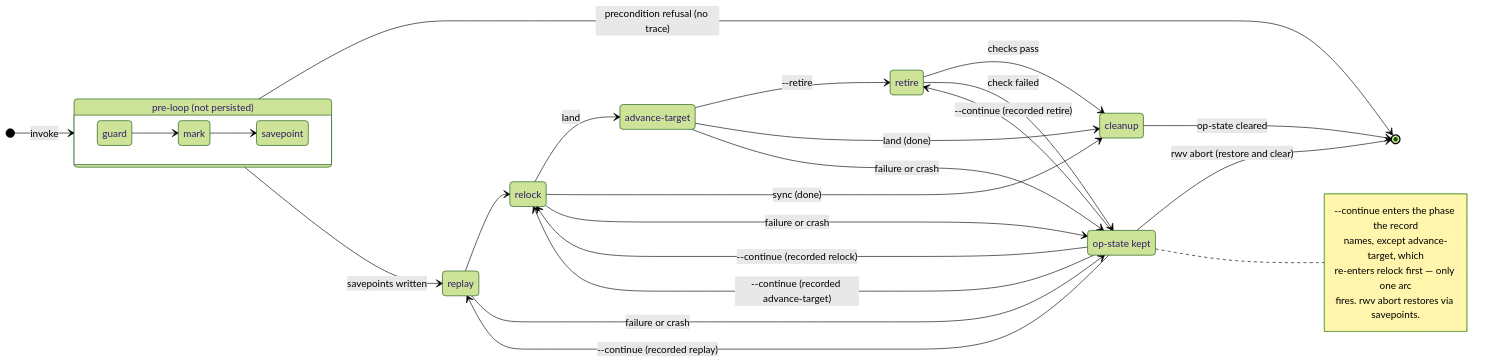
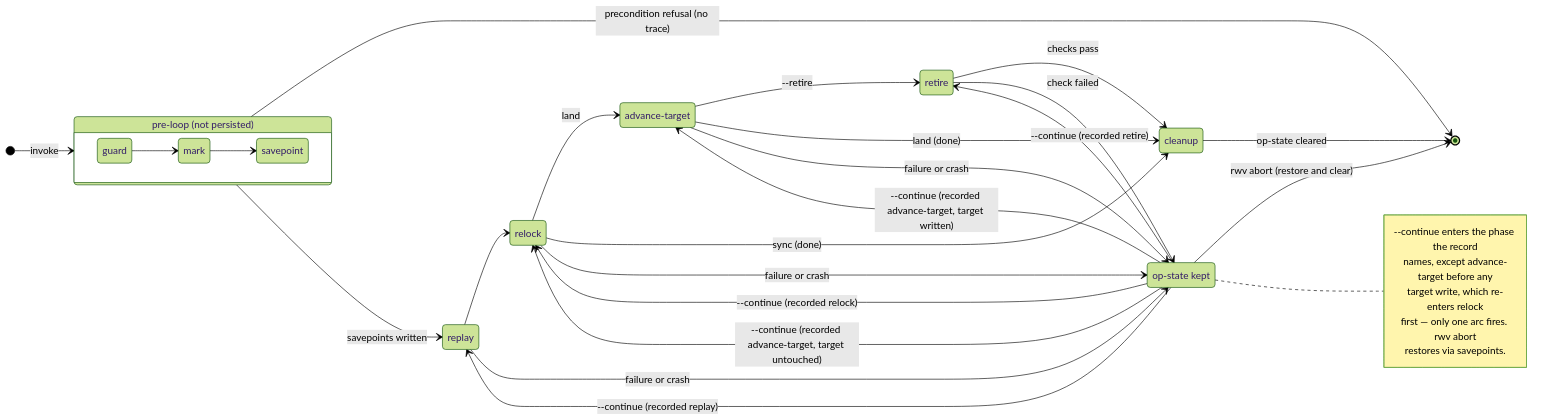
One commit to cwalv/repoweave changed the diagram in docs/internals/sync-phase-machine.md. Above: the diagram before and after it, drawn with Mermaid (forest theme). The commit also changed other lines of this file and 4 other files, not shown here.

First line of the commit message:
land: a continue after the target was written completes the landing it composed

````diff
--- a/docs/internals/sync-phase-machine.md
+++ b/docs/internals/sync-phase-machine.md
@@ -32,43 +32,45 @@
 ```mermaid
 stateDiagram-v2
     direction LR
 
     state "pre-loop (not persisted)" as pre {
         direction LR
         guard --> mark
         mark --> savepoint
     }
 
     [*] --> pre : invoke
     pre --> [*] : precondition refusal (no trace)
     pre --> replay : savepoints written
 
     replay --> relock
     relock --> advance_target : land
     relock --> cleanup : sync (done)
     advance_target : advance-target
     advance_target --> retire : --retire
     advance_target --> cleanup : land (done)
     retire --> cleanup : checks pass
 
     cleanup --> [*] : op-state cleared
 
     replay --> op_kept : failure or crash
     relock --> op_kept : failure or crash
     advance_target --> op_kept : failure or crash
     retire --> op_kept : check failed
 
     op_kept : op-state kept
     op_kept --> replay : --continue (recorded replay)
     op_kept --> relock : --continue (recorded relock)
-    op_kept --> relock : --continue (recorded advance-target)
+    op_kept --> relock : --continue (recorded advance-target, target untouched)
+    op_kept --> advance_target : --continue (recorded advance-target, target written)
     op_kept --> retire : --continue (recorded retire)
     op_kept --> [*] : rwv abort (restore and clear)
 
     note right of op_kept
         --continue enters the phase the record
-        names, except advance-target, which
-        re-enters relock first — only one arc
-        fires. rwv abort restores via savepoints.
+        names, except advance-target before any
+        target write, which re-enters relock
+        first — only one arc fires. rwv abort
+        restores via savepoints.
     end note
 ```
````
